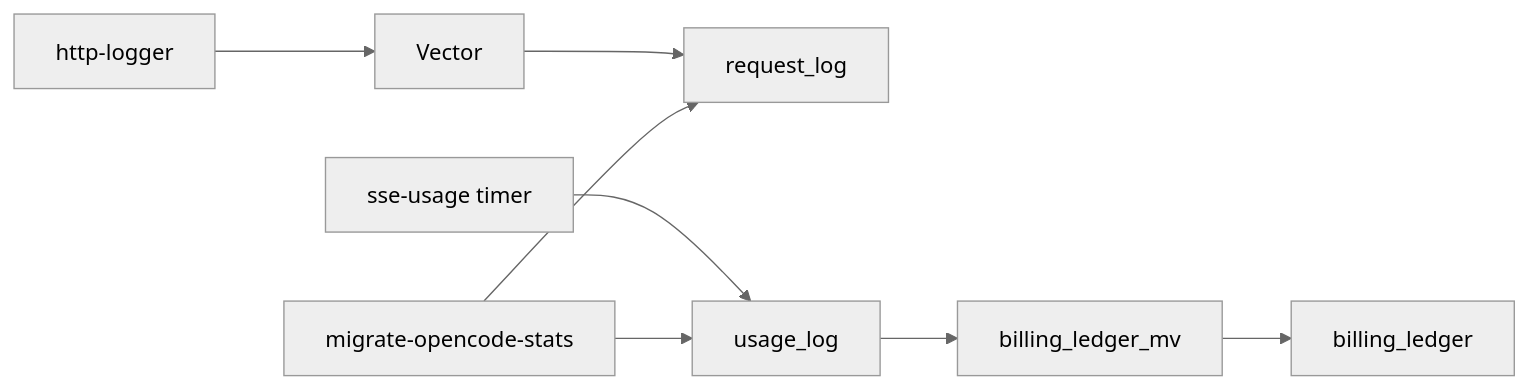
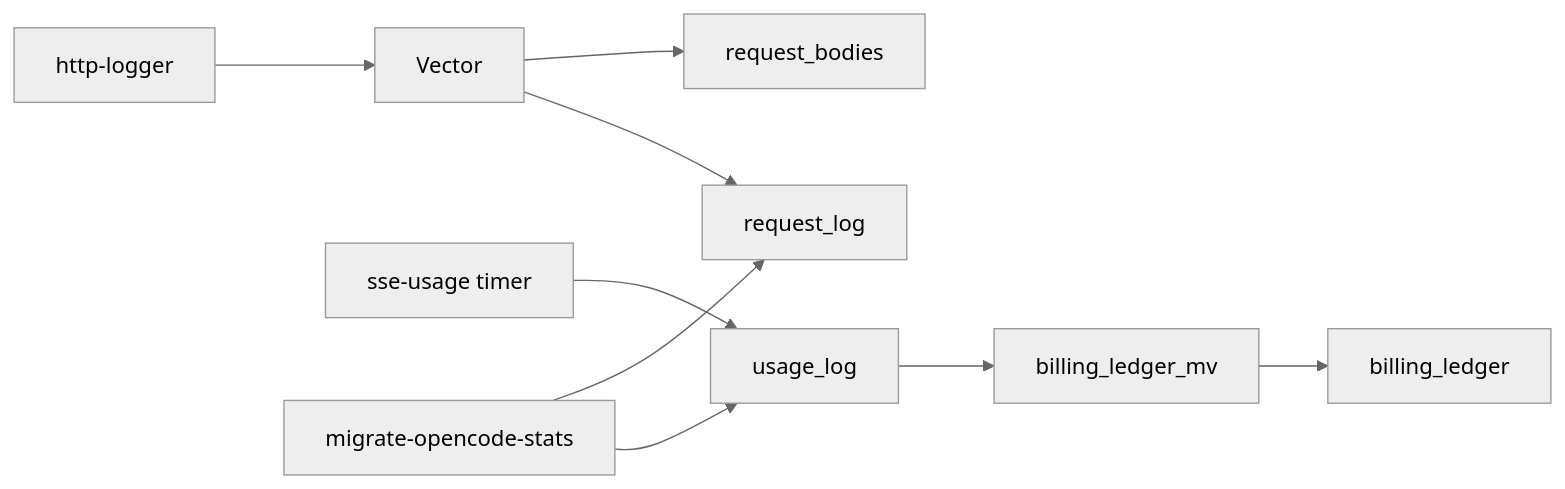
Before and after one commit to Independent-AI-Labs/WORKSPACE-GATEWAY: the diagram in docs/architecture/TELEMETRY-AND-SCHEMA.md, drawn with Mermaid (neutral theme). The commit also changed other lines of this file and 99 other files, not shown here.

````diff
--- a/docs/architecture/TELEMETRY-AND-SCHEMA.md
+++ b/docs/architecture/TELEMETRY-AND-SCHEMA.md
@@ -6,10 +7,11 @@
 ```mermaid
 graph LR
     HL[http-logger] --> V[Vector]
     V --> RL[request_log]
+    V --> RB[request_bodies]
     SU[sse-usage timer] --> UL[usage_log]
     MIG[migrate-opencode-stats] --> UL
     MIG --> RL
     UL --> MV[billing_ledger_mv]
     MV --> BL[billing_ledger]
 ```
````
